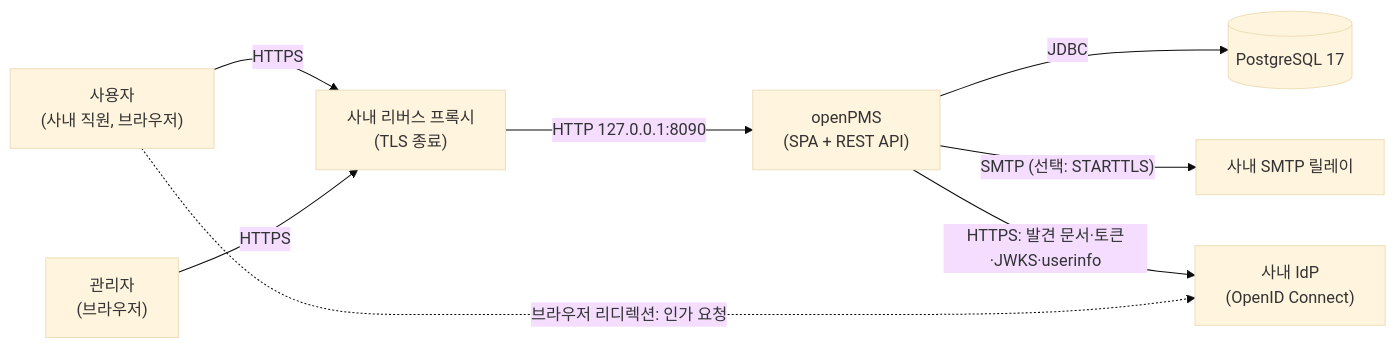
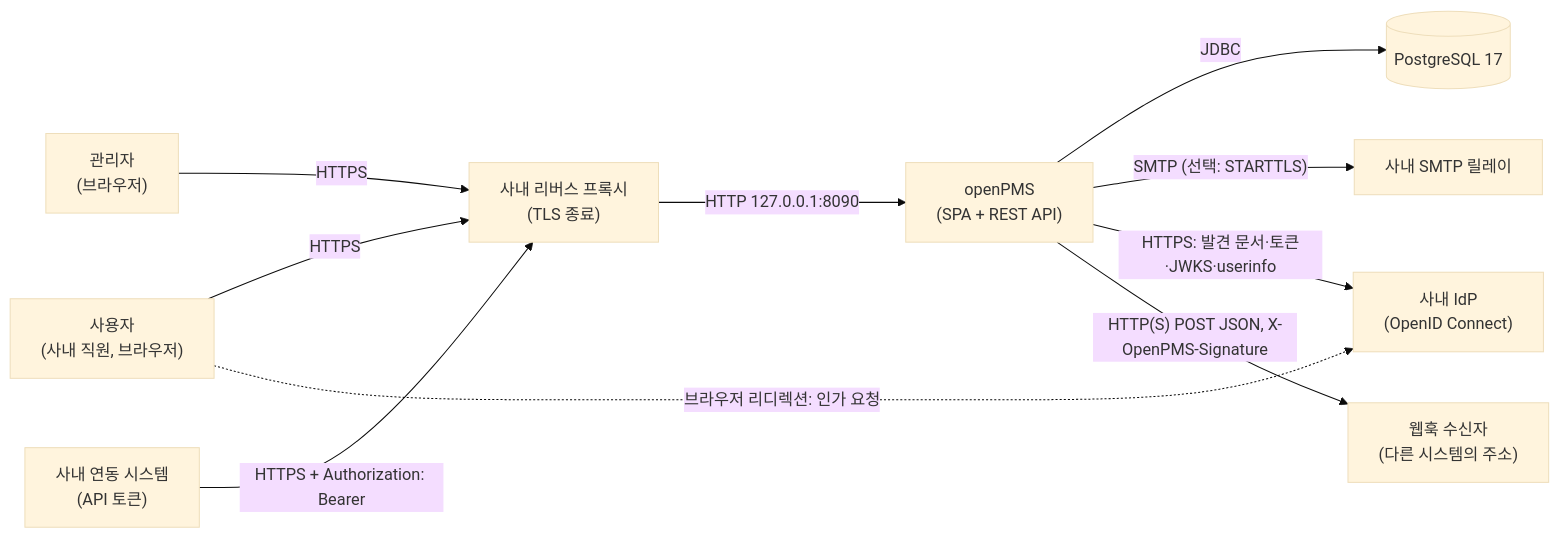
The first of 7 diagrams in docs/deliverables/03-아키텍처설계서.md (outlet13f/openPMS), drawn with Mermaid (base theme) before and after one commit. The commit also changed other lines of this file and 16 other files, not shown here.

````diff
--- a/docs/deliverables/03-아키텍처설계서.md
+++ b/docs/deliverables/03-아키텍처설계서.md
@@ -91,18 +95,22 @@
 ```mermaid
 flowchart LR
     user["사용자<br/>(사내 직원, 브라우저)"]
     admin["관리자<br/>(브라우저)"]
     proxy["사내 리버스 프록시<br/>(TLS 종료)"]
     app["openPMS<br/>(SPA + REST API)"]
     db[("PostgreSQL 17")]
     smtp["사내 SMTP 릴레이"]
     idp["사내 IdP<br/>(OpenID Connect)"]
+    ext["사내 연동 시스템<br/>(API 토큰)"]
+    hook["웹훅 수신자<br/>(다른 시스템의 주소)"]
 
     user -- HTTPS --> proxy
     admin -- HTTPS --> proxy
+    ext -- "HTTPS + Authorization: Bearer" --> proxy
     proxy -- "HTTP 127.0.0.1:8090" --> app
     app -- JDBC --> db
     app -- "SMTP (선택: STARTTLS)" --> smtp
     app -- "HTTPS: 발견 문서·토큰·JWKS·userinfo" --> idp
+    app -- "HTTP(S) POST JSON, X-OpenPMS-Signature" --> hook
     user -. "브라우저 리디렉션: 인가 요청" .-> idp
 ```
````
